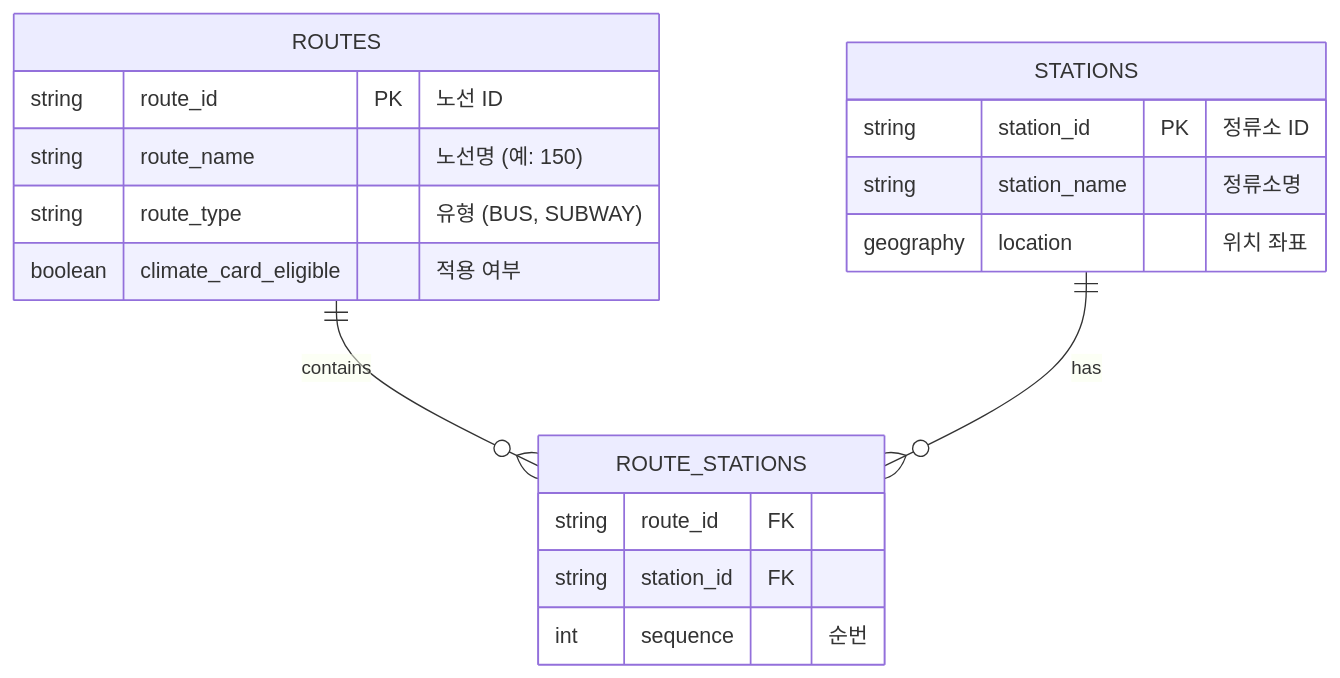
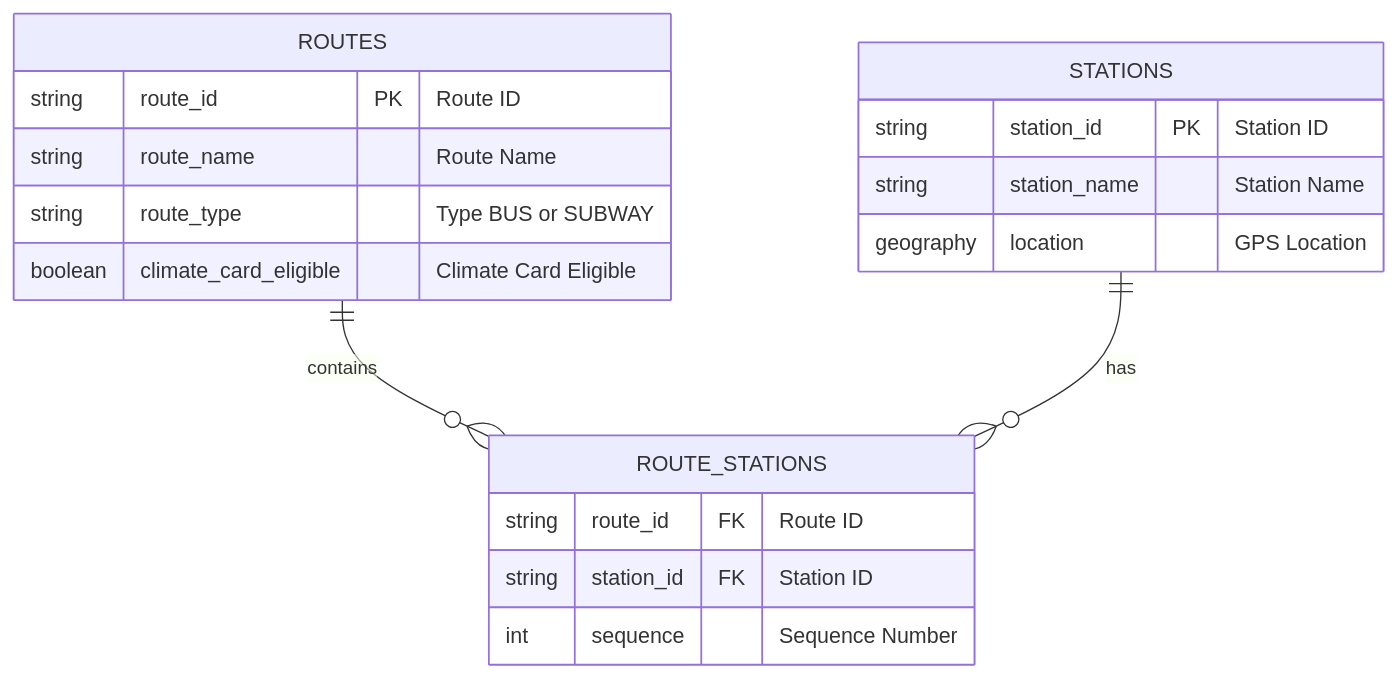
One commit to david1-p/ClimateCard changed the second of 2 diagrams in README.md. Above: the diagram before and after it, drawn with Mermaid. The commit also changed other lines of this file, not shown here.

Commit message:
Fix mermaid diagram syntax for GitHub compatibility
- Change subgraph names to English IDs with Korean labels
- Update ERD comments to English for better rendering

````diff
--- a/README.md
+++ b/README.md
@@ -92,24 +92,24 @@
 ```mermaid
 erDiagram
     ROUTES ||--o{ ROUTE_STATIONS : contains
     STATIONS ||--o{ ROUTE_STATIONS : has
-    
+
     ROUTES {
-        string route_id PK "노선 ID"
-        string route_name "노선명 (예: 150)"
-        string route_type "유형 (BUS, SUBWAY)"
-        boolean climate_card_eligible "적용 여부"
+        string route_id PK "Route ID"
+        string route_name "Route Name"
+        string route_type "Type BUS or SUBWAY"
+        boolean climate_card_eligible "Climate Card Eligible"
     }
-    
+
     STATIONS {
-        string station_id PK "정류소 ID"
-        string station_name "정류소명"
-        geography location "위치 좌표"
+        string station_id PK "Station ID"
+        string station_name "Station Name"
+        geography location "GPS Location"
     }
-    
+
     ROUTE_STATIONS {
-        string route_id FK
-        string station_id FK
-        int sequence "순번"
+        string route_id FK "Route ID"
+        string station_id FK "Station ID"
+        int sequence "Sequence Number"
     }
 ```
````
